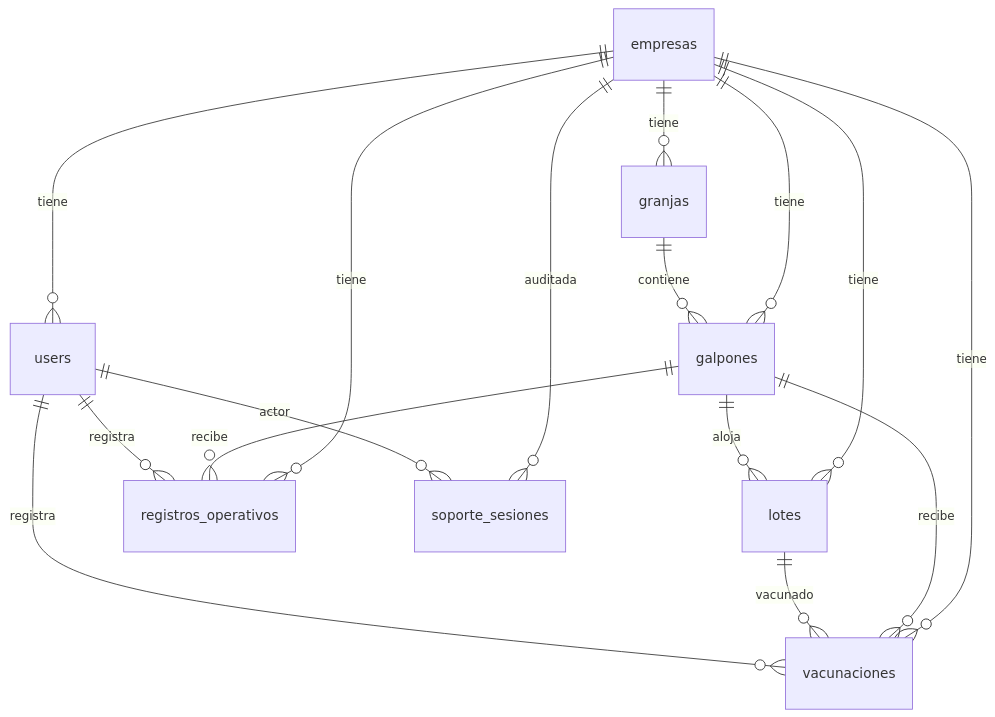
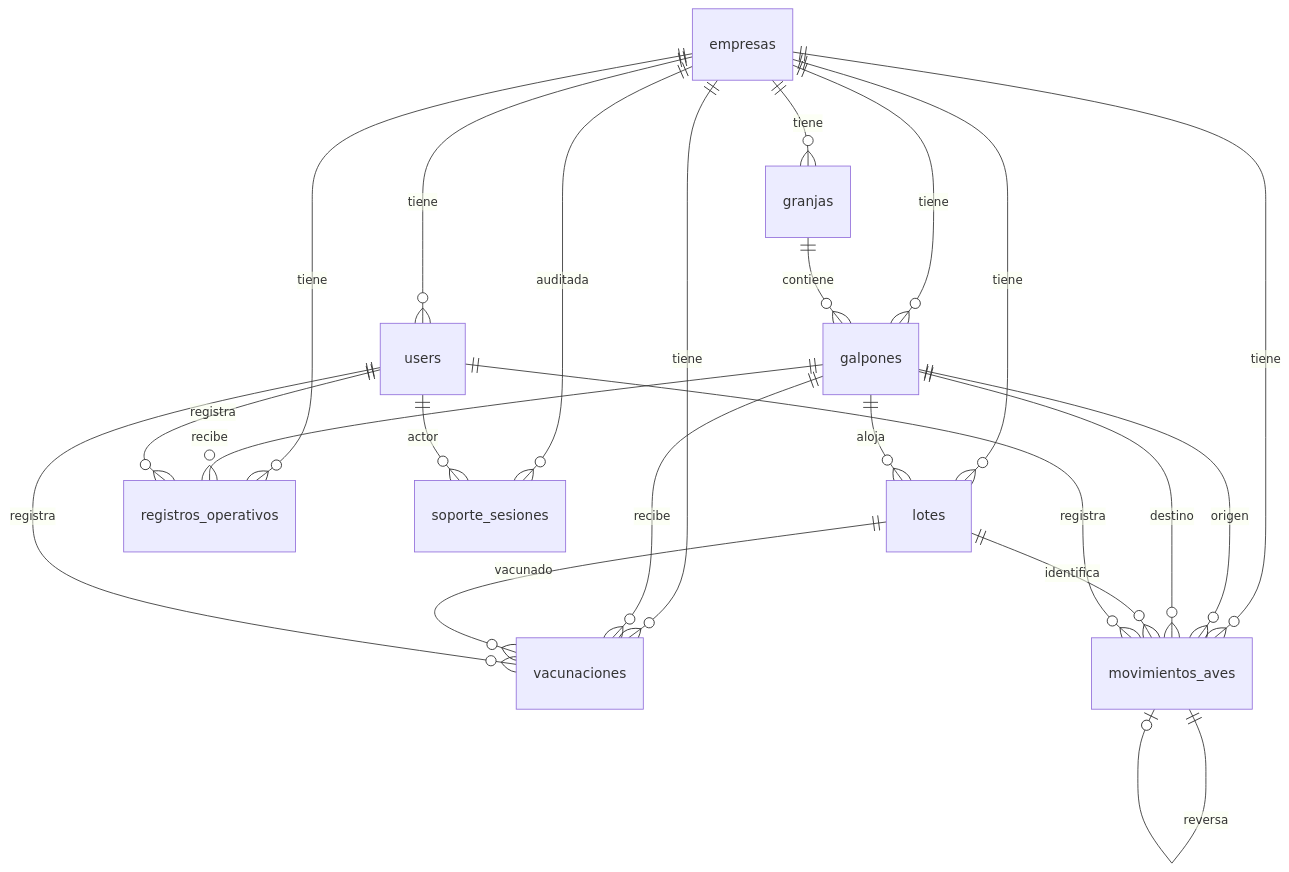
Before and after one commit to MarioB235/avi-core: the diagram in .cursor/skills/avicore-modelo-datos/references/esquema-bd.md, drawn with Mermaid. The commit also changed other lines of this file and 127 other files, not shown here.

````diff
--- a/.cursor/skills/avicore-modelo-datos/references/esquema-bd.md
+++ b/.cursor/skills/avicore-modelo-datos/references/esquema-bd.md
@@ -16,18 +16,24 @@
 ```mermaid
 erDiagram
     empresas ||--o{ users : tiene
     empresas ||--o{ granjas : tiene
     empresas ||--o{ galpones : tiene
     empresas ||--o{ lotes : tiene
     empresas ||--o{ registros_operativos : tiene
     empresas ||--o{ vacunaciones : tiene
+    empresas ||--o{ movimientos_aves : tiene
     empresas ||--o{ soporte_sesiones : auditada
     users ||--o{ soporte_sesiones : actor
     granjas ||--o{ galpones : contiene
     galpones ||--o{ lotes : aloja
     galpones ||--o{ registros_operativos : recibe
     galpones ||--o{ vacunaciones : recibe
+    galpones ||--o{ movimientos_aves : origen
+    galpones ||--o{ movimientos_aves : destino
     lotes ||--o{ vacunaciones : vacunado
+    lotes ||--o{ movimientos_aves : identifica
     users ||--o{ registros_operativos : registra
     users ||--o{ vacunaciones : registra
+    users ||--o{ movimientos_aves : registra
+    movimientos_aves ||--o| movimientos_aves : reversa
 ```
````
